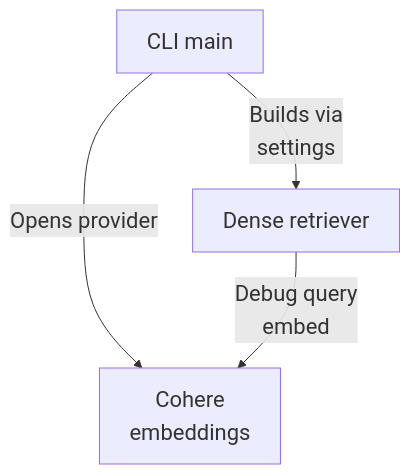
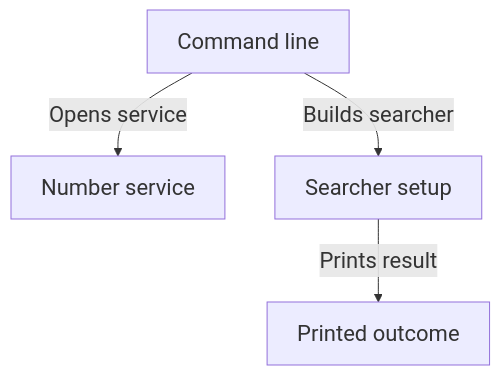
Before and after one commit to Justin-Mendoza/Afterclass: the fourth of 4 diagrams in maps/retrieval/README.md, drawn with Mermaid. The commit also changed other lines of this file and 91 other files, not shown here.

````diff
--- a/maps/retrieval/README.md
+++ b/maps/retrieval/README.md
@@ -159,10 +124,11 @@
 ```mermaid
 %%{init: {"themeVariables": {"fontSize": "22px"}}}%%
 flowchart TD
-  n0["CLI main"]
-  n1["Cohere<br/>embeddings"]
-  n2["Dense retriever"]
-  n0 -->|"Opens provider"| n1
-  n0 -->|"Builds via<br/>settings"| n2
-  n2 -->|"Debug query<br/>embed"| n1
+  n0["Command line"]
+  n1["Number service"]
+  n2["Searcher setup"]
+  n3["Printed outcome"]
+  n0 -->|"Opens service"| n1
+  n0 -->|"Builds searcher"| n2
+  n2 -->|"Prints result"| n3
 ```
````
